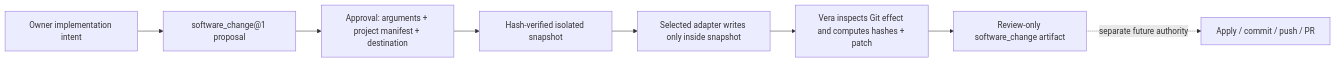
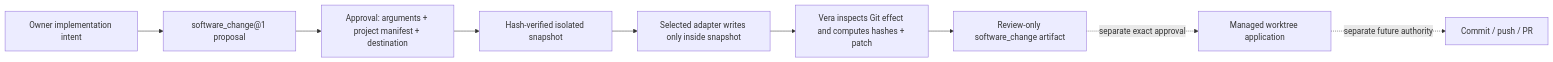
The fifth of 5 diagrams in docs/capability-model.md (4romgod/vera), drawn with Mermaid before and after one commit. The commit also changed other lines of this file and 208 other files, not shown here.

Commit message:
feat(api): apply approved changes in managed worktrees (#11)

````diff
--- a/docs/capability-model.md
+++ b/docs/capability-model.md
@@ -341,10 +341,11 @@
 ```mermaid
 flowchart LR
     I["Owner implementation intent"] --> P["software_change@1 proposal"]
     P --> A["Approval: arguments + project manifest + destination"]
     A --> S["Hash-verified isolated snapshot"]
     S --> W["Selected adapter writes only inside snapshot"]
     W --> V["Vera inspects Git effect and computes hashes + patch"]
     V --> R["Review-only software_change artifact"]
-    R -. "separate future authority" .-> X["Apply / commit / push / PR"]
+    R -. "separate exact approval" .-> X["Managed worktree application"]
+    X -. "separate future authority" .-> Y["Commit / push / PR"]
 ```
````
